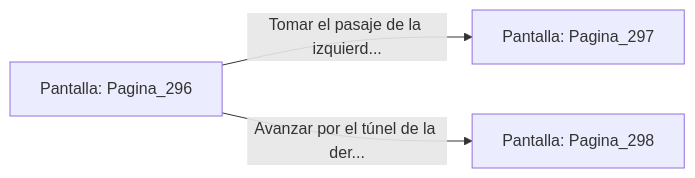
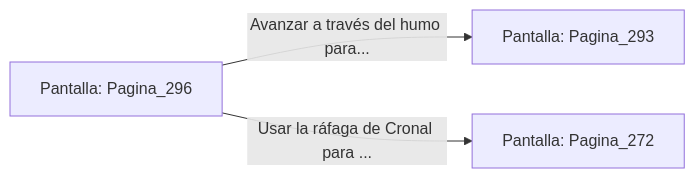
The diagram in sample/eligejuego-vault/Pantalla_Pagina_296.md (metsuke/mpl), drawn with Mermaid before and after one commit. The commit also changed other lines of this file and 635 other files, not shown here.

First line of the commit message:
fix: añadir Pagina_1 como pantalla inicial en capitulo_01.mpl

````diff
--- a/sample/eligejuego-vault/Pantalla_Pagina_296.md
+++ b/sample/eligejuego-vault/Pantalla_Pagina_296.md
@@ -20,6 +22,6 @@
 ```mermaid
 graph LR
     P_Pagina_296["Pantalla: Pagina_296"]
-    P_Pagina_296 -->|"Tomar el pasaje de la izquierd..."| P_Pagina_297["Pantalla: Pagina_297"]
-    P_Pagina_296 -->|"Avanzar por el túnel de la der..."| P_Pagina_298["Pantalla: Pagina_298"]
+    P_Pagina_296 -->|"Avanzar a través del humo para..."| P_Pagina_293["Pantalla: Pagina_293"]
+    P_Pagina_296 -->|"Usar la ráfaga de Cronal para ..."| P_Pagina_272["Pantalla: Pagina_272"]
 ```
````
